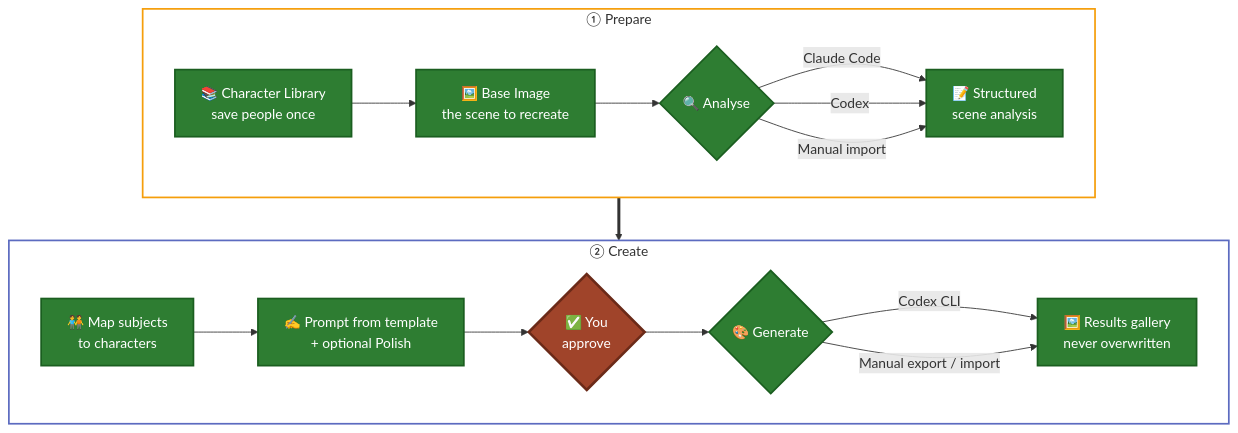
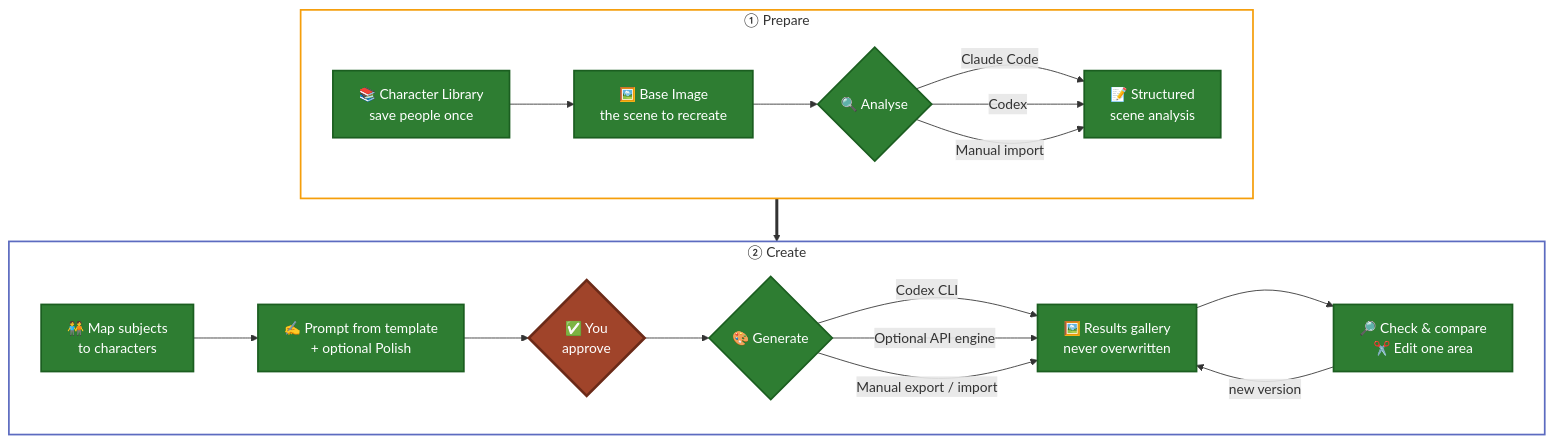
The first of 3 diagrams in README.md (CyberSecurityChuck/Character-Studio), drawn with Mermaid before and after one commit. The commit also changed other lines of this file and 10 other files, not shown here.

````diff
--- a/README.md
+++ b/README.md
@@ -63,27 +66,30 @@
 ```mermaid
 flowchart TB
     subgraph PREP["① Prepare"]
         direction LR
         A["📚 Character Library<br/>save people once"]:::done --> B["🖼️ Base Image<br/>the scene to recreate"]:::done
         B --> C{"🔍 Analyse"}:::done
         C -->|Claude Code| D["📝 Structured<br/>scene analysis"]:::done
         C -->|Codex| D
         C -->|Manual import| D
     end
     subgraph CREATE["② Create"]
         direction LR
         E["🧑‍🤝‍🧑 Map subjects<br/>to characters"]:::done --> F["✍️ Prompt from template<br/>+ optional Polish"]:::done
         F --> G{"✅ You<br/>approve"}:::approve
         G --> H{"🎨 Generate"}:::done
         H -->|Codex CLI| I["🖼️ Results gallery<br/>never overwritten"]:::done
+        H -->|Optional API engine| I
         H -->|Manual export / import| I
+        I --> J["🔎 Check & compare<br/>✂️ Edit one area"]:::done
+        J -->|new version| I
     end
     PREP ==> CREATE
     style PREP fill:transparent,stroke:#F59E0B,stroke-width:2px
     style CREATE fill:transparent,stroke:#5C6BC0,stroke-width:2px
 
     classDef done fill:#2E7D32,stroke:#1B5E20,color:#ffffff,stroke-width:2px
     classDef next fill:#F59E0B,stroke:#B45309,color:#1F1300,stroke-width:2px
     classDef planned fill:#5C6BC0,stroke:#3949AB,color:#ffffff,stroke-width:2px
     classDef approve fill:#A0442A,stroke:#6B2A18,color:#ffffff,stroke-width:3px
 ```
````
